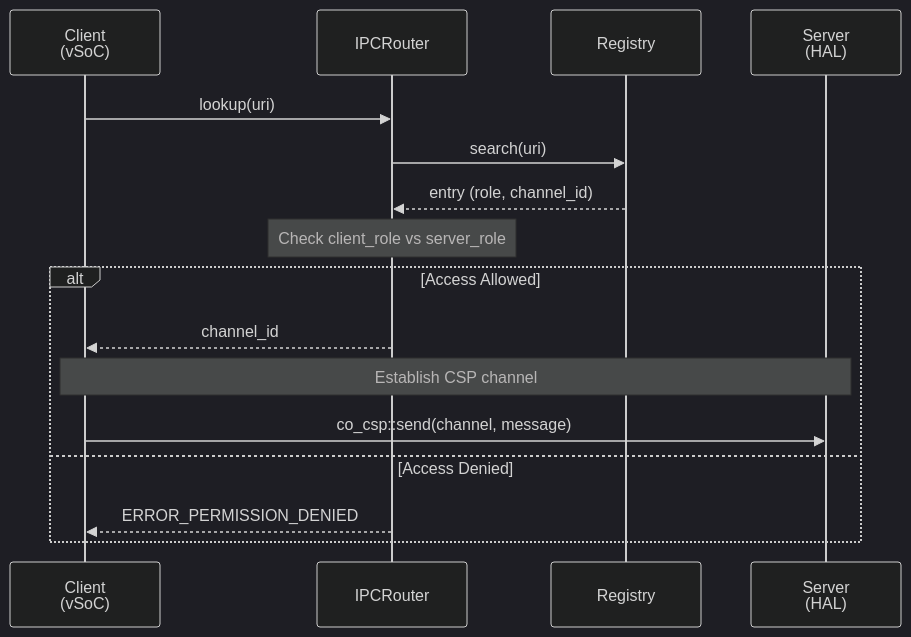
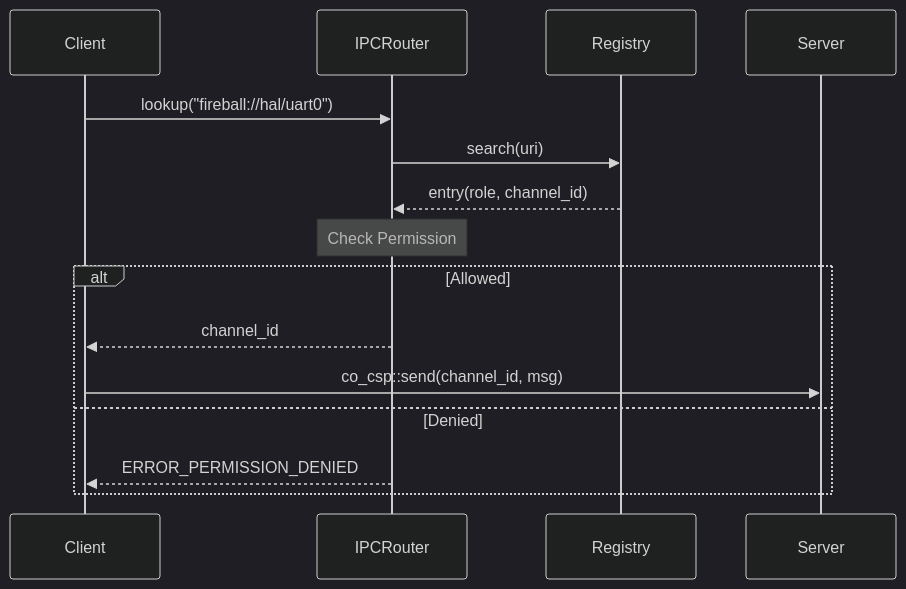
The third of 3 diagrams in docs/orders/components/router.md (kmt-t/fireball), drawn with Mermaid (dark theme) before and after one commit. The commit also changed other lines of this file and 27 other files, not shown here.

````diff
--- a/docs/orders/components/router.md
+++ b/docs/orders/components/router.md
@@ -218,19 +89,18 @@
 ```mermaid
 sequenceDiagram
-    participant C as Client<br/>(vSoC)
+    participant C as Client
     participant R as IPCRouter
     participant Reg as Registry
-    participant S as Server<br/>(HAL)
+    participant S as Server
     
-    C->>R: lookup(uri)
+    C->>R: lookup("fireball://hal/uart0")
     R->>Reg: search(uri)
-    Reg-->>R: entry (role, channel_id)
-    Note over R: Check client_role vs server_role
-    alt Access Allowed
+    Reg-->>R: entry(role, channel_id)
+    Note over R: Check Permission
+    alt Allowed
         R-->>C: channel_id
-        Note over C,S: Establish CSP channel
-        C->>S: co_csp::send(channel, message)
-    else Access Denied
+        C->>S: co_csp::send(channel_id, msg)
+    else Denied
         R-->>C: ERROR_PERMISSION_DENIED
     end
 ```
````
